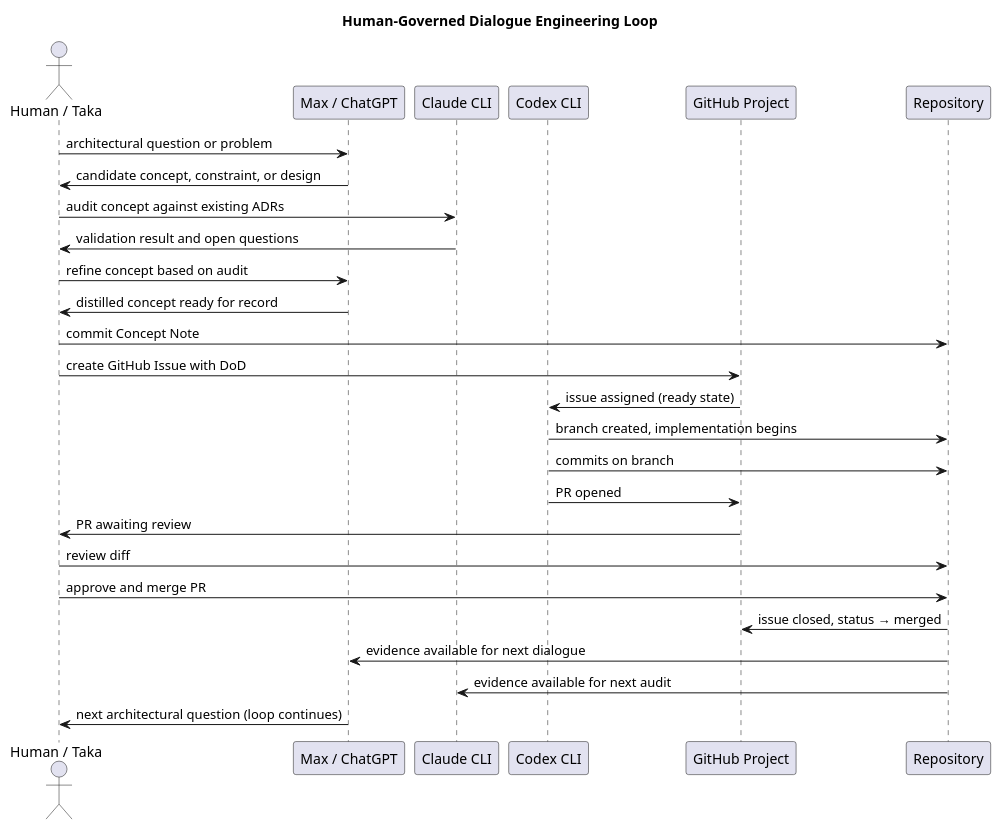
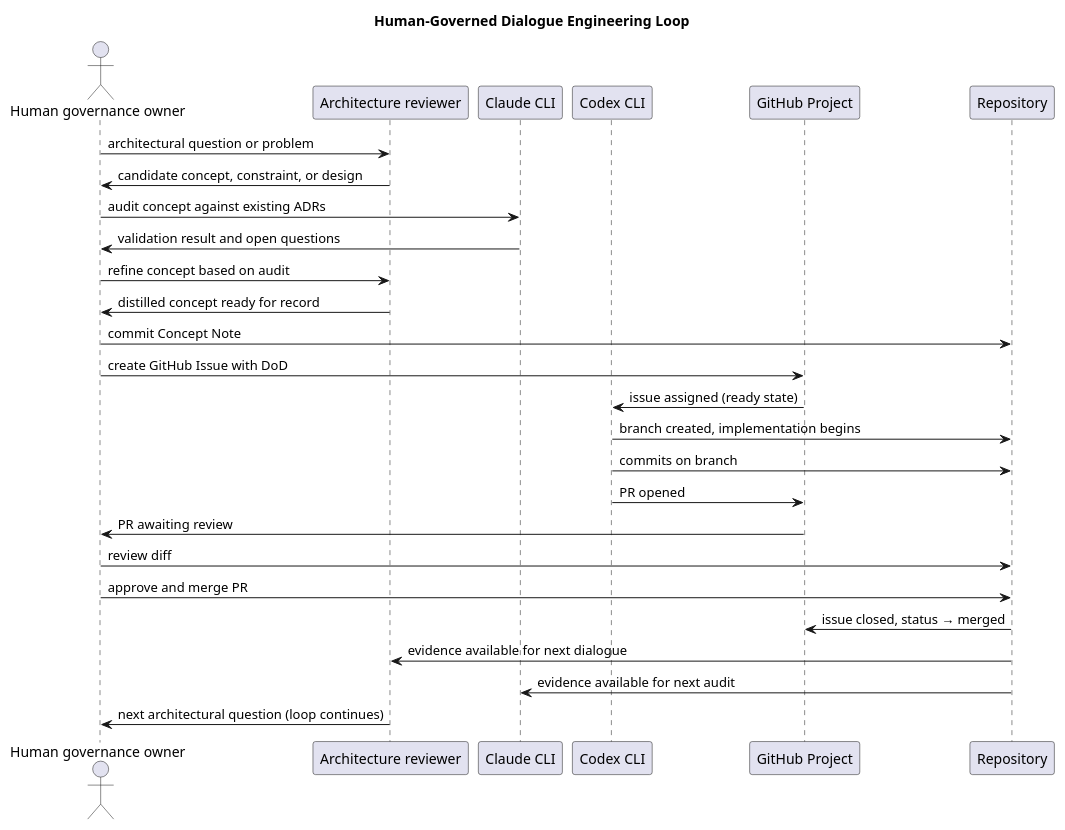
Before and after one commit to rag-fish/RAGfish: the third of 3 diagrams in docs/noema/design/DESIGN-dialogue-engineering-framework-v0.md, drawn with PlantUML. The commit also changed other lines of this file and 19 other files, not shown here.

````diff
--- a/docs/noema/design/DESIGN-dialogue-engineering-framework-v0.md
+++ b/docs/noema/design/DESIGN-dialogue-engineering-framework-v0.md
@@ -246,40 +246,40 @@
 ```plantuml
 @startuml
 title Human-Governed Dialogue Engineering Loop
 
-actor "Human / Taka" as Taka
-participant "Max / ChatGPT" as Max
+actor "Human governance owner" as HGO
+participant "Architecture reviewer" as AR
 participant "Claude CLI" as Claude
 participant "Codex CLI" as Codex
 participant "GitHub Project" as GHP
 participant "Repository" as Repo
 
-Taka -> Max : architectural question or problem
-Max -> Taka : candidate concept, constraint, or design
-Taka -> Claude : audit concept against existing ADRs
-Claude -> Taka : validation result and open questions
+HGO -> AR : architectural question or problem
+AR -> HGO : candidate concept, constraint, or design
+HGO -> Claude : audit concept against existing ADRs
+Claude -> HGO : validation result and open questions
 
-Taka -> Max : refine concept based on audit
-Max -> Taka : distilled concept ready for record
+HGO -> AR : refine concept based on audit
+AR -> HGO : distilled concept ready for record
 
-Taka -> Repo : commit Concept Note
-Taka -> GHP : create GitHub Issue with DoD
+HGO -> Repo : commit Concept Note
+HGO -> GHP : create GitHub Issue with DoD
 
 GHP -> Codex : issue assigned (ready state)
 Codex -> Repo : branch created, implementation begins
 Codex -> Repo : commits on branch
 
 Codex -> GHP : PR opened
-GHP -> Taka : PR awaiting review
+GHP -> HGO : PR awaiting review
 
-Taka -> Repo : review diff
-Taka -> Repo : approve and merge PR
+HGO -> Repo : review diff
+HGO -> Repo : approve and merge PR
 
 Repo -> GHP : issue closed, status → merged
-Repo -> Max : evidence available for next dialogue
+Repo -> AR : evidence available for next dialogue
 Repo -> Claude : evidence available for next audit
 
-Max -> Taka : next architectural question (loop continues)
+AR -> HGO : next architectural question (loop continues)
 
 @enduml
 ```
````
